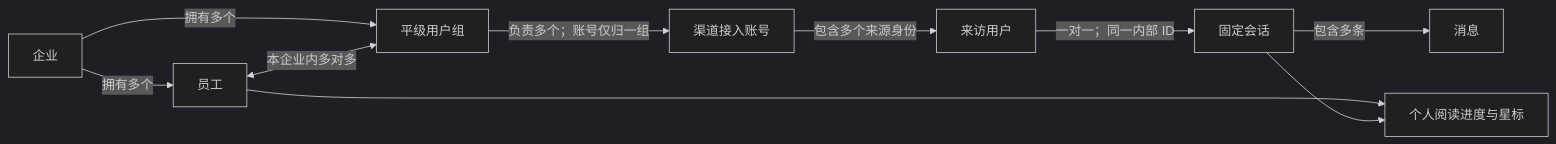
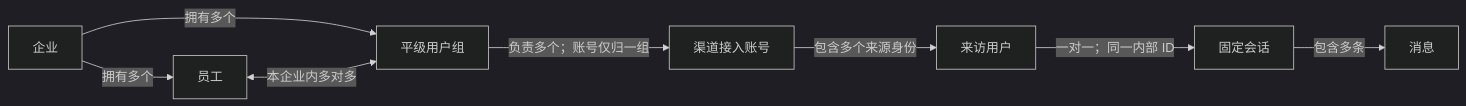
The diagram in docs/design/dudu-server/README.md (Buktal/dudu), drawn with Mermaid (dark theme) before and after one commit. The commit also changed other lines of this file and 41 other files, not shown here.

````diff
--- a/docs/design/dudu-server/README.md
+++ b/docs/design/dudu-server/README.md
@@ -55,12 +57,10 @@
 ```mermaid
 flowchart LR
     company[企业] -->|拥有多个| employee[员工]
     company -->|拥有多个| group[平级用户组]
     employee <-->|本企业内多对多| group
     group -->|负责多个；账号仅归一组| account[渠道接入账号]
     account -->|包含多个来源身份| visitor[来访用户]
     visitor -->|一对一；同一内部 ID| conversation[固定会话]
     conversation -->|包含多条| message[消息]
-    employee --> personal[个人阅读进度与星标]
-    conversation --> personal
 ```
````
